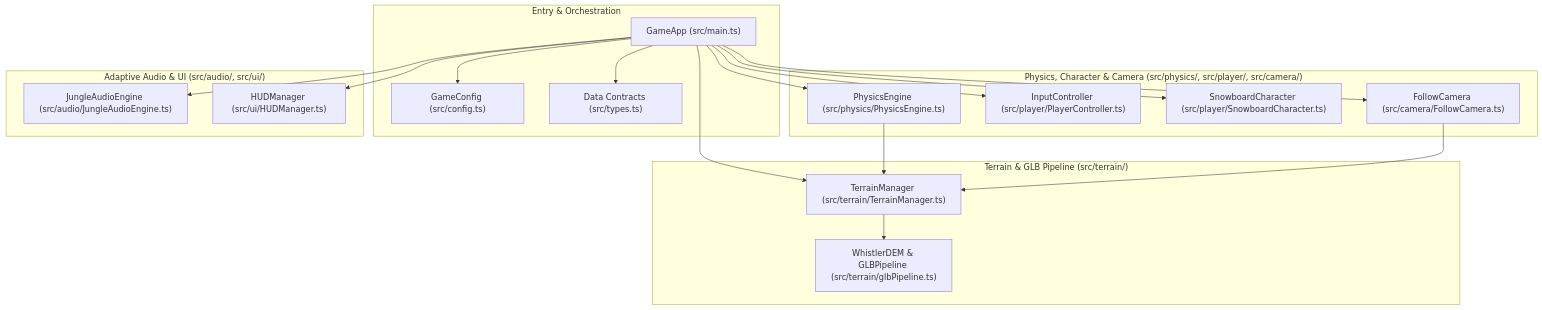
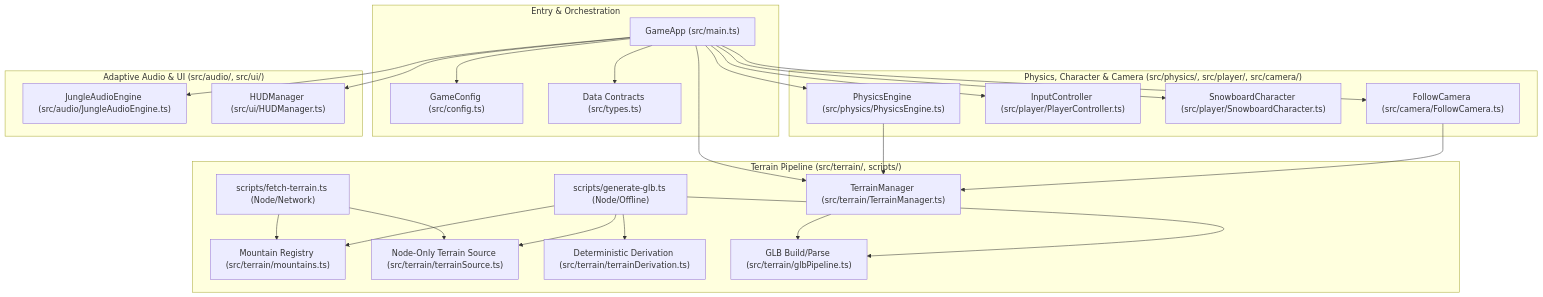
Before and after one commit to reynish/ogsnow: the third of 7 diagrams in wiki/architecture.md, drawn with Mermaid. The commit also changed other lines of this file and 5 other files, not shown here.

Commit message:
docs(wiki): ADR-0007 two-stage open-map terrain pipeline, C4 + contracts, Iteration 2 tasks

````diff
--- a/wiki/architecture.md
+++ b/wiki/architecture.md
@@ -63,39 +79,51 @@
 ```mermaid
 flowchart TD
     subgraph Entry["Entry & Orchestration"]
         Main["GameApp (src/main.ts)"]
         Config["GameConfig (src/config.ts)"]
         Types["Data Contracts (src/types.ts)"]
     end
 
-    subgraph TerrainPkg["Terrain & GLB Pipeline (src/terrain/)"]
-        DEMGen["WhistlerDEM & GLBPipeline (src/terrain/glbPipeline.ts)"]
+    subgraph TerrainPkg["Terrain Pipeline (src/terrain/, scripts/)"]
+        Registry["Mountain Registry (src/terrain/mountains.ts)"]
+        Source["Node-Only Terrain Source (src/terrain/terrainSource.ts)"]
+        Derivation["Deterministic Derivation (src/terrain/terrainDerivation.ts)"]
+        Pipeline["GLB Build/Parse (src/terrain/glbPipeline.ts)"]
         TerrainMgr["TerrainManager (src/terrain/TerrainManager.ts)"]
+        Fetch["scripts/fetch-terrain.ts (Node/Network)"]
+        Gen["scripts/generate-glb.ts (Node/Offline)"]
     end
 
     subgraph PhysicsPlayerPkg["Physics, Character & Camera (src/physics/, src/player/, src/camera/)"]
         PhysEng["PhysicsEngine (src/physics/PhysicsEngine.ts)"]
         InputCtrl["InputController (src/player/PlayerController.ts)"]
         CharMesh["SnowboardCharacter (src/player/SnowboardCharacter.ts)"]
         CamCtrl["FollowCamera (src/camera/FollowCamera.ts)"]
     end
 
     subgraph AudioUIPkg["Adaptive Audio & UI (src/audio/, src/ui/)"]
         JungleAudio["JungleAudioEngine (src/audio/JungleAudioEngine.ts)"]
         HUDMgr["HUDManager (src/ui/HUDManager.ts)"]
     end
 
     Main --> Config
     Main --> Types
     Main --> TerrainMgr
     Main --> PhysEng
     Main --> InputCtrl
     Main --> CharMesh
     Main --> CamCtrl
     Main --> JungleAudio
     Main --> HUDMgr
 
-    TerrainMgr --> DEMGen
+    TerrainMgr --> Pipeline
     PhysEng --> TerrainMgr
     CamCtrl --> TerrainMgr
+
+    Fetch --> Registry
+    Fetch --> Source
+    Gen --> Registry
+    Gen --> Source
+    Gen --> Derivation
+    Gen --> Pipeline
 ```
````
